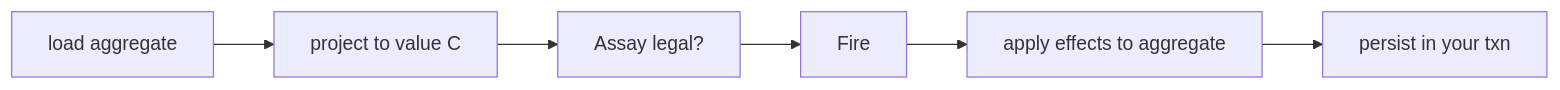
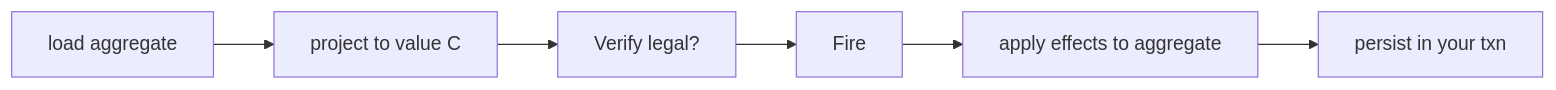
One commit to stablekernel/crucible changed the diagram in docs/src/content/docs/integrating/pointer-heavy-codebases.md. Above: the diagram before and after it, drawn with Mermaid. The commit also changed other lines of this file and 19 other files, not shown here.

Commit message:
refactor: rename state Assay check to Verify

````diff
--- a/docs/src/content/docs/integrating/pointer-heavy-codebases.md
+++ b/docs/src/content/docs/integrating/pointer-heavy-codebases.md
@@ -58,8 +58,8 @@
 ```mermaid
 flowchart LR
     L[load aggregate] --> P[project to value C]
-    P --> A[Assay legal?]
+    P --> A[Verify legal?]
     A --> F[Fire]
     F --> E[apply effects to aggregate]
     E --> S[persist in your txn]
 ```
````
